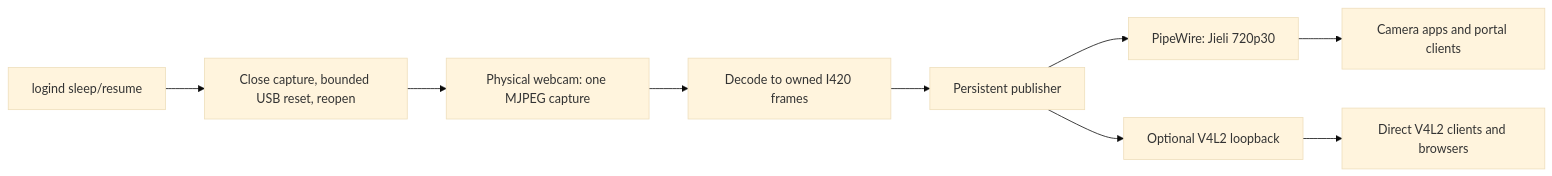
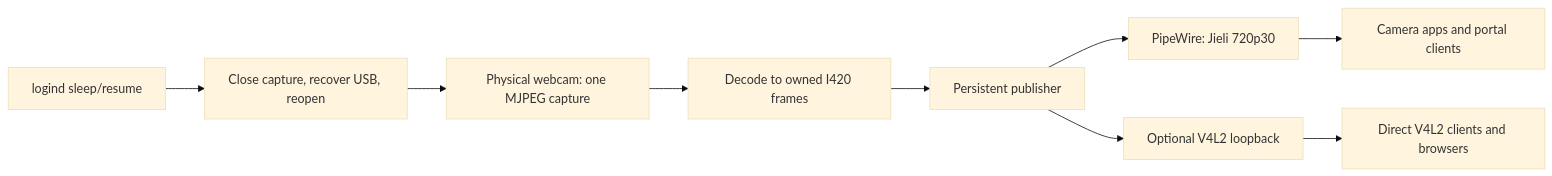
Before and after one commit to thisfilipe/linux-webcam-bridge: the diagram in README.md, drawn with Mermaid (base theme). The commit also changed other lines of this file and 31 other files, not shown here.

````diff
--- a/README.md
+++ b/README.md
@@ -26,11 +26,11 @@
 ```mermaid
 flowchart LR
     USB["Physical webcam: one MJPEG capture"] --> Decode["Decode to owned I420 frames"]
     Decode --> Publisher["Persistent publisher"]
     Publisher --> PW["PipeWire: Jieli 720p30"]
     Publisher --> V4L2["Optional V4L2 loopback"]
     PW --> Apps["Camera apps and portal clients"]
     V4L2 --> Direct["Direct V4L2 clients and browsers"]
-    Sleep["logind sleep/resume"] --> Recovery["Close capture, bounded USB reset, reopen"]
+    Sleep["logind sleep/resume"] --> Recovery["Close capture, recover USB, reopen"]
     Recovery --> USB
 ```
````
